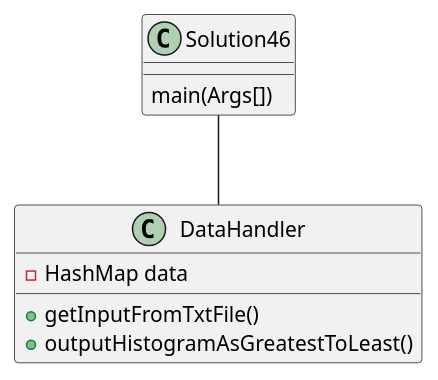
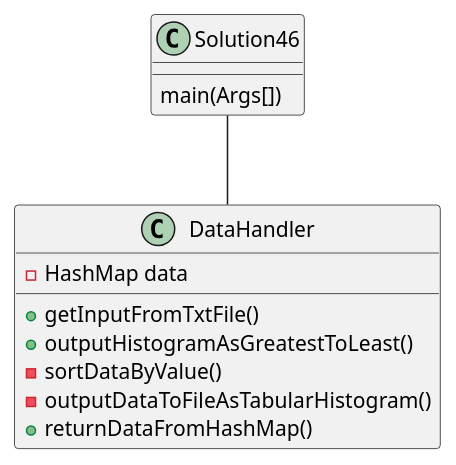
One commit to Jyke321/cordonero-a04 changed the diagram in exercise46/docs/classes.puml. Above: the diagram before and after it, drawn with PlantUML. The commit also changed 2 other files, not shown here.

```diff
--- a/exercise46/docs/classes.puml
+++ b/exercise46/docs/classes.puml
@@ -1,12 +1,15 @@
 @startuml
 Class Solution46 {
     main(Args[])
 }
 Class DataHandler {
     -HashMap data
 
     +getInputFromTxtFile()
     +outputHistogramAsGreatestToLeast()
+    -sortDataByValue()
+    -outputDataToFileAsTabularHistogram()
+    +returnDataFromHashMap()
 }
 Solution46 -- DataHandler
 @enduml
```
